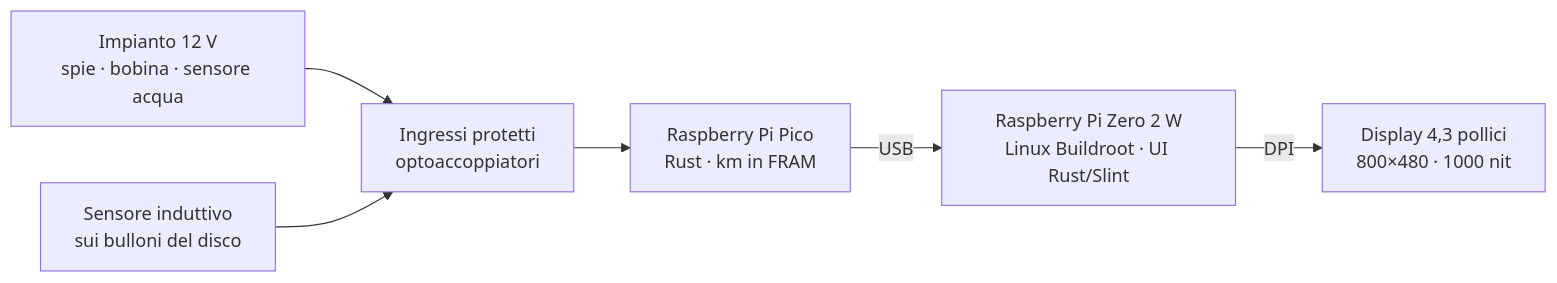
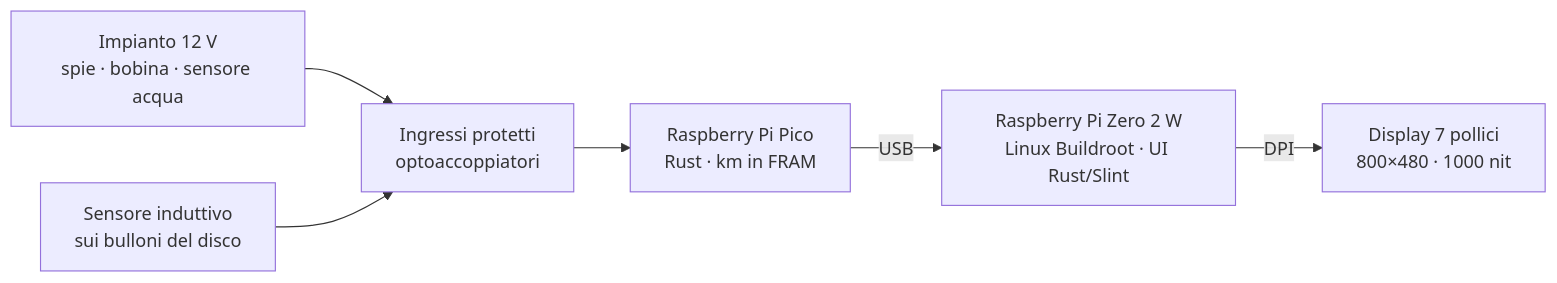
Before and after one commit to frascella-dev/tdm-dash: the diagram in README.md, drawn with Mermaid. The commit also changed other lines of this file and 6 other files, not shown here.

First line of the commit message:
Switch to a 7-inch 800x480 1000-nit display; fix docs link check

````diff
--- a/README.md
+++ b/README.md
@@ -18,8 +18,8 @@
 ```mermaid
 flowchart LR
   MOTO["Impianto 12 V<br/>spie · bobina · sensore acqua"] --> IO["Ingressi protetti<br/>optoaccoppiatori"]
   RUOTA["Sensore induttivo<br/>sui bulloni del disco"] --> IO
   IO --> MCU["Raspberry Pi Pico<br/>Rust · km in FRAM"]
   MCU -- USB --> PI["Raspberry Pi Zero 2 W<br/>Linux Buildroot · UI Rust/Slint"]
-  PI -- DPI --> LCD["Display 4,3 pollici<br/>800×480 · 1000 nit"]
+  PI -- DPI --> LCD["Display 7 pollici<br/>800×480 · 1000 nit"]
 ```
````
